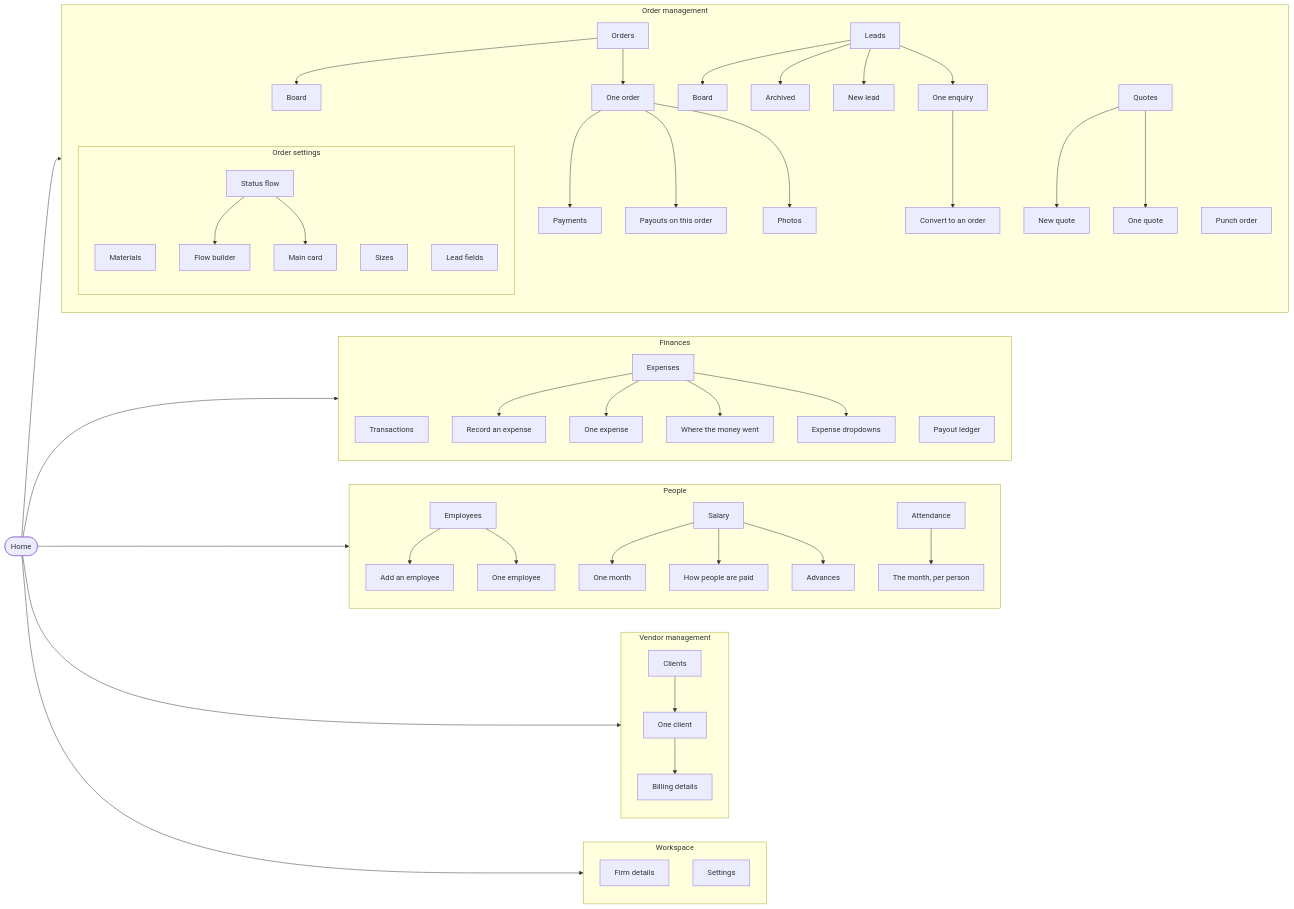
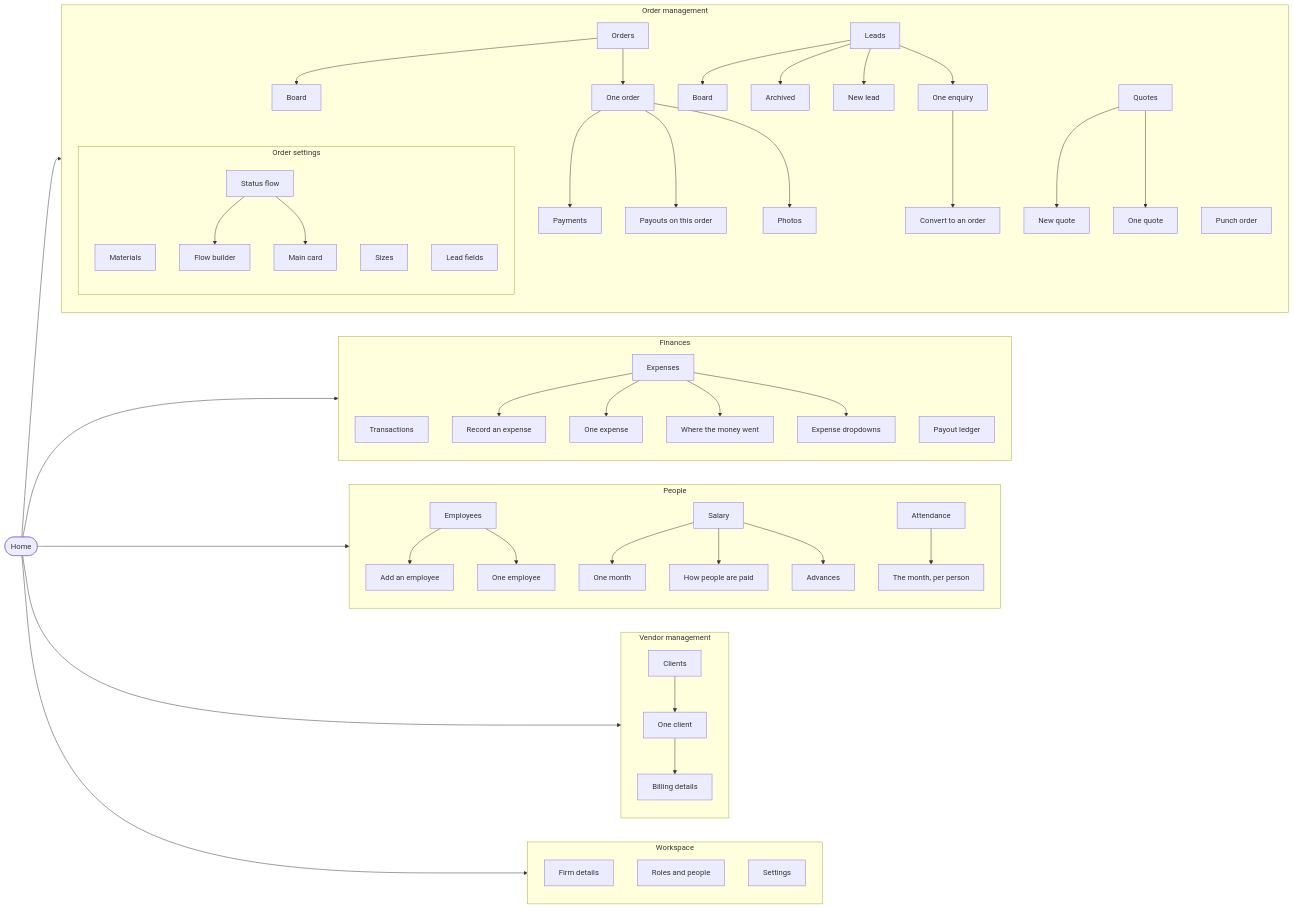
The diagram in docs/NAVIGATION.md (firstleaptechnologies-coder/factory-automation), drawn with Mermaid before and after one commit. The commit also changed other lines of this file and 25 other files, not shown here.

```diff
--- a/docs/NAVIGATION.md
+++ b/docs/NAVIGATION.md
@@ -107,6 +107,7 @@
   subgraph cat_workspace["Workspace"]
     direction TB
     firm["Firm details"]
+    roles["Roles and people"]
     settings["Settings"]
   end
   Home --> cat_workspace
```
